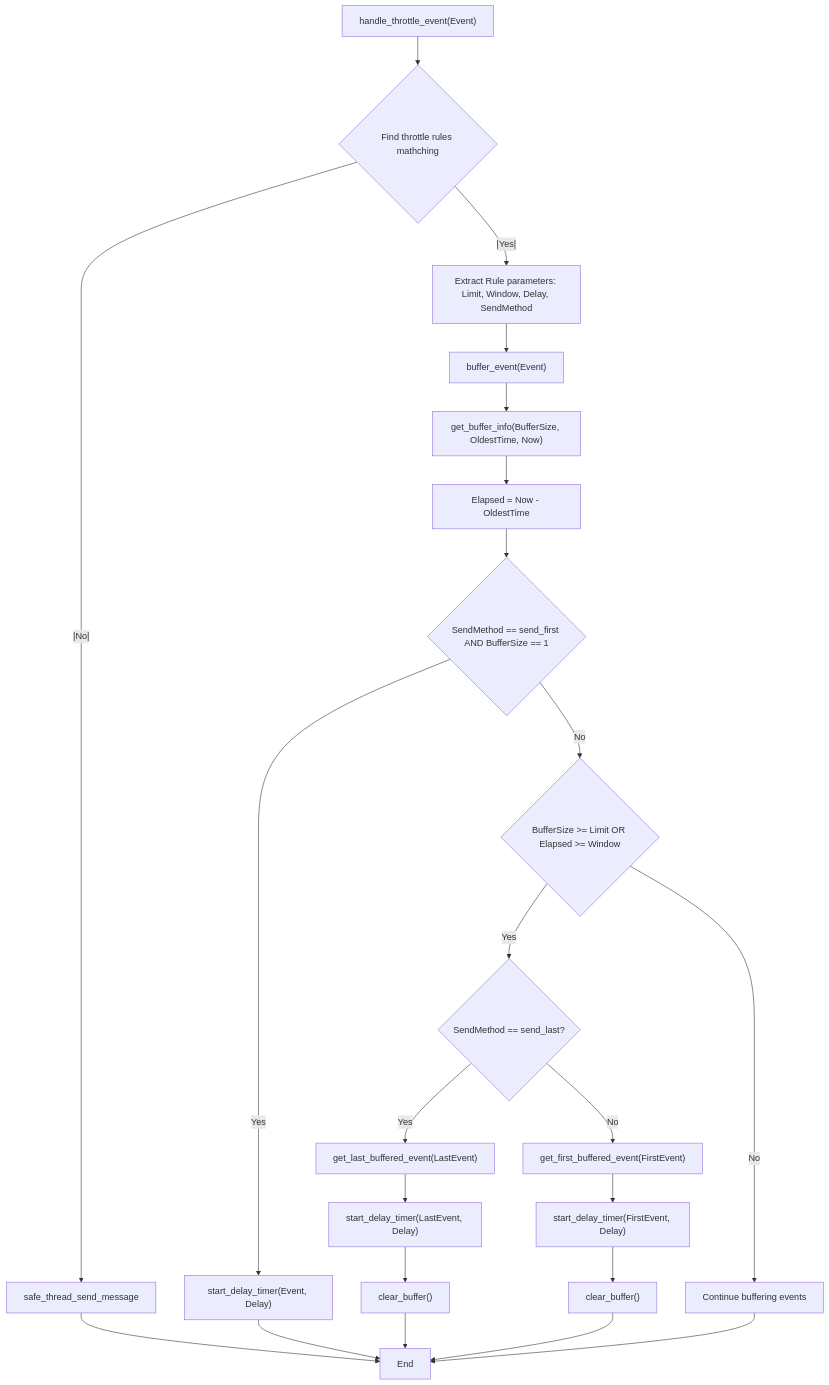
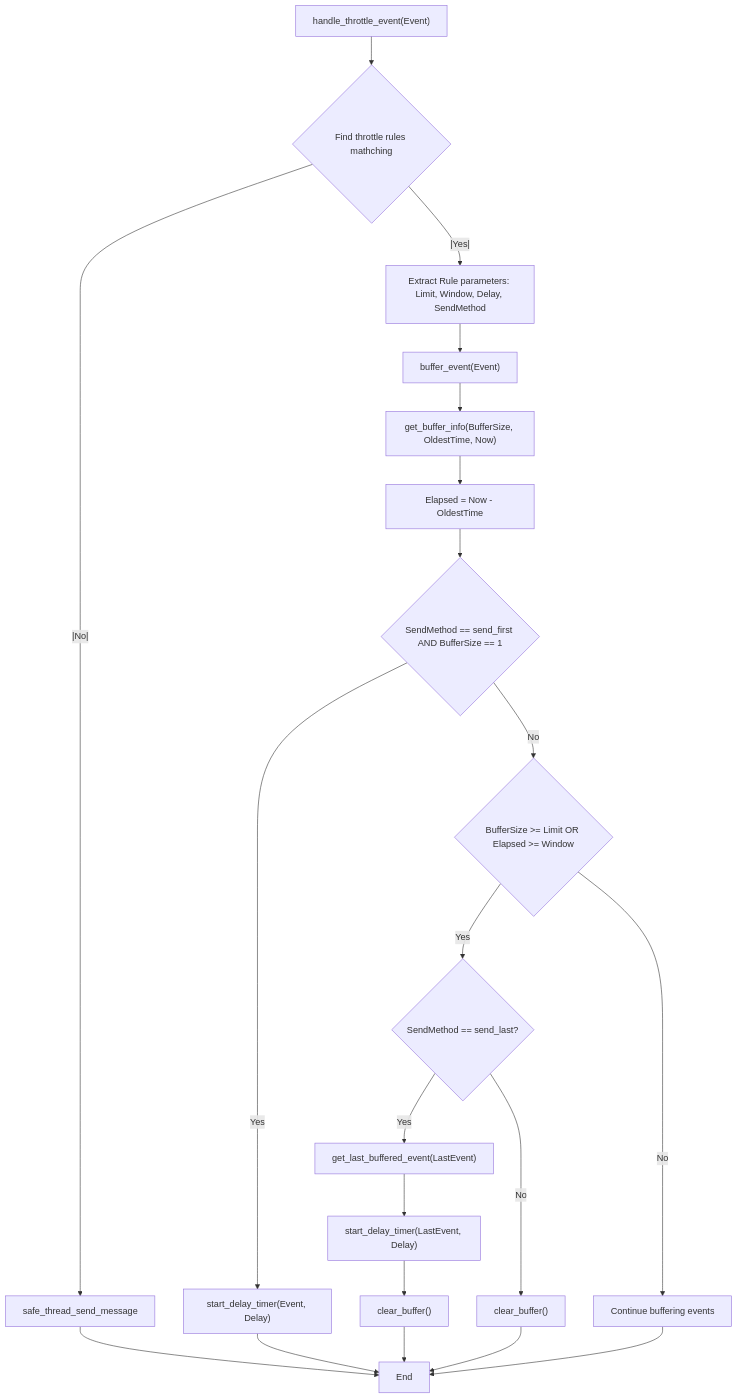
One commit to clickpaddle/clickceler changed the diagram in doc/Workflows/throttle.md. Above: the diagram before and after it, drawn with Mermaid.

````diff
--- a/doc/Workflows/throttle.md
+++ b/doc/Workflows/throttle.md
@@ -1,40 +1,38 @@
 ```mermaid
 flowchart TD
     A["handle_throttle_event(Event)"] --> AA{"Find throttle rules mathching"}
     AA -- |Yes| --> B["Extract Rule parameters: Limit, Window, Delay, SendMethod"]
     AA -- |No| --> Y["safe_thread_send_message"]
 
     Y --> Z
 
 
     B --> C["buffer_event(Event)"]
     C --> D["get_buffer_info(BufferSize, OldestTime, Now)"]
     D --> E["Elapsed = Now - OldestTime"]
 
     %% send_first early send
     E --> F{"SendMethod == send_first AND BufferSize == 1"}
     F -->|Yes| G["start_delay_timer(Event, Delay)"]
     G --> Z["End"]
 
     %% Check limits
     F -->|No| H{"BufferSize >= Limit OR Elapsed >= Window"}
     H -->|Yes| I{"SendMethod == send_last?"}
 
     %% send_last branch
     I -->|Yes| J["get_last_buffered_event(LastEvent)"]
     J --> K["start_delay_timer(LastEvent, Delay)"]
     K --> L["clear_buffer()"]
     L --> Z
 
     %% send_first branch
-    I -->|No| M["get_first_buffered_event(FirstEvent)"]
-    M --> N["start_delay_timer(FirstEvent, Delay)"]
-    N --> O["clear_buffer()"]
+    I -->|No| O["clear_buffer()"]
     O --> Z
 
     %% Continue buffering
     H -->|No| P["Continue buffering events"]
     P --> Z
 
 
 ```
````
